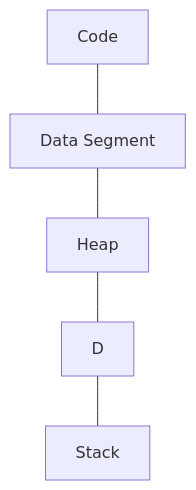
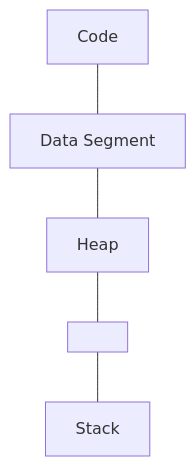
The diagram in _posts/2020-10-26-c-pro-lecture-19.md (iiit-notebook/iiit-notebook.github.io), drawn with Mermaid before and after one commit. The commit also changed other lines of this file, not shown here.

Commit message:
corrections in c pro 19

````diff
--- a/_posts/2020-10-26-c-pro-lecture-19.md
+++ b/_posts/2020-10-26-c-pro-lecture-19.md
@@ -10,8 +10,8 @@
 ```mermaid
 graph TD
 
 A[Code] --- B[Data Segment]
 B --- C[Heap]
-C --- D
+C --- D[ ]
 D --- E[Stack]
 ```
````
